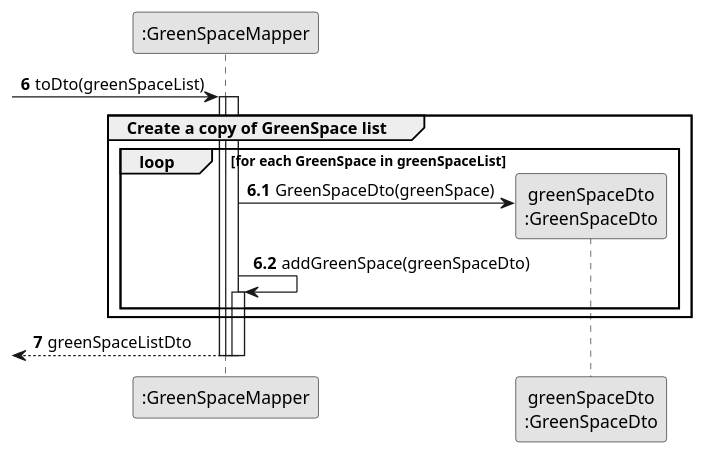
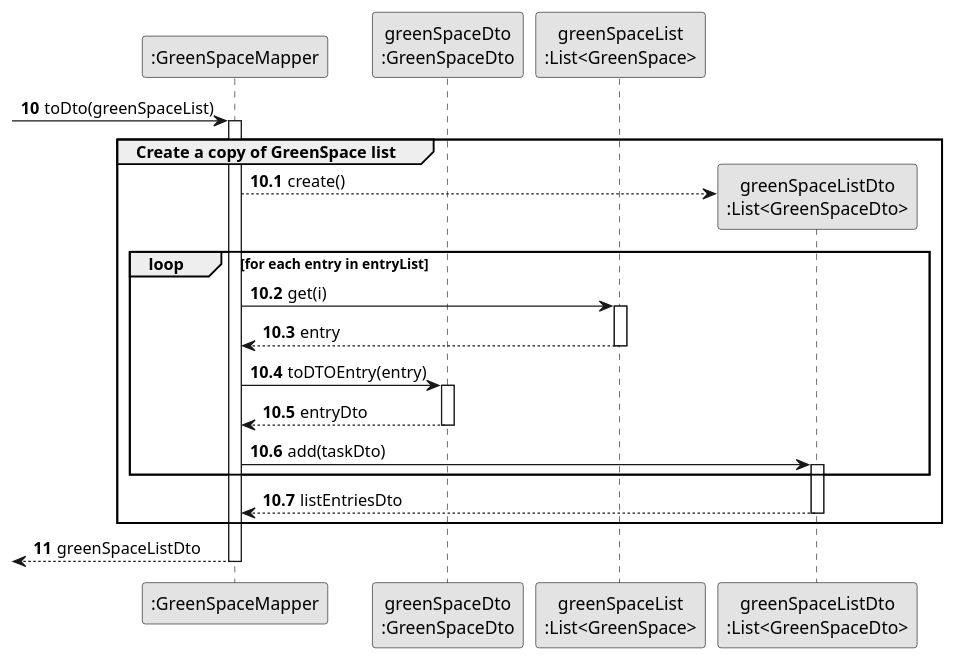
One commit to diogoveirospro/lei-24-s2-1dg-g072 changed the diagram in docs/sprintC/us027/03.design/puml/us027-sequence-diagram-partial-create-a-copy-of-GreenSpaceList.puml. Above: the diagram before and after it, drawn with PlantUML. The commit also changed 12 other files, not shown here.

```diff
--- a/docs/sprintC/us027/03.design/puml/us027-sequence-diagram-partial-create-a-copy-of-GreenSpaceList.puml
+++ b/docs/sprintC/us027/03.design/puml/us027-sequence-diagram-partial-create-a-copy-of-GreenSpaceList.puml
@@ -1,42 +1,50 @@
 @startuml
 skinparam monochrome true
 skinparam packageStyle rectangle
 skinparam shadowing false
 
 autonumber
 
 'hide footbox
 
 participant ":GreenSpaceMapper" as Mapper
 participant "greenSpaceDto\n:GreenSpaceDto" as DTO
+participant "greenSpaceList\n:List<GreenSpace>" as greenSpaceList
+participant "greenSpaceListDto\n:List<GreenSpaceDto>" as LISTDTO
 
-autonumber 6
+autonumber 10
 
  -> Mapper : toDto(greenSpaceList)
-autonumber 6.1
+autonumber 10.1
 activate Mapper
     group Create a copy of GreenSpace list
-        activate Mapper
-                            loop for each GreenSpace in greenSpaceList
 
-                                Mapper -> DTO** : GreenSpaceDto(greenSpace)
+            Mapper --> LISTDTO** : create()
+                loop for each entry in entryList
+                    Mapper -> greenSpaceList : get(i)
+                        activate greenSpaceList
 
-                                Mapper -> Mapper : addGreenSpace(greenSpaceDto)
-                                activate Mapper
-                            end
+                        greenSpaceList --> Mapper : entry
+                        deactivate greenSpaceList
+                    Mapper -> DTO : toDTOEntry(entry)
+                        activate DTO
+
+                        DTO --> Mapper : entryDto
+                        deactivate DTO
+                    Mapper -> LISTDTO : add(taskDto)
+                        activate LISTDTO
+                end
 
 
-
-
-
+            LISTDTO --> Mapper : listEntriesDto
+             deactivate LISTDTO
     end
-    autonumber 7
+    autonumber 11
 
     <-- Mapper  : greenSpaceListDto
-deactivate Mapper
 
 deactivate Mapper
 
 deactivate Mapper
 
 @enduml
```
